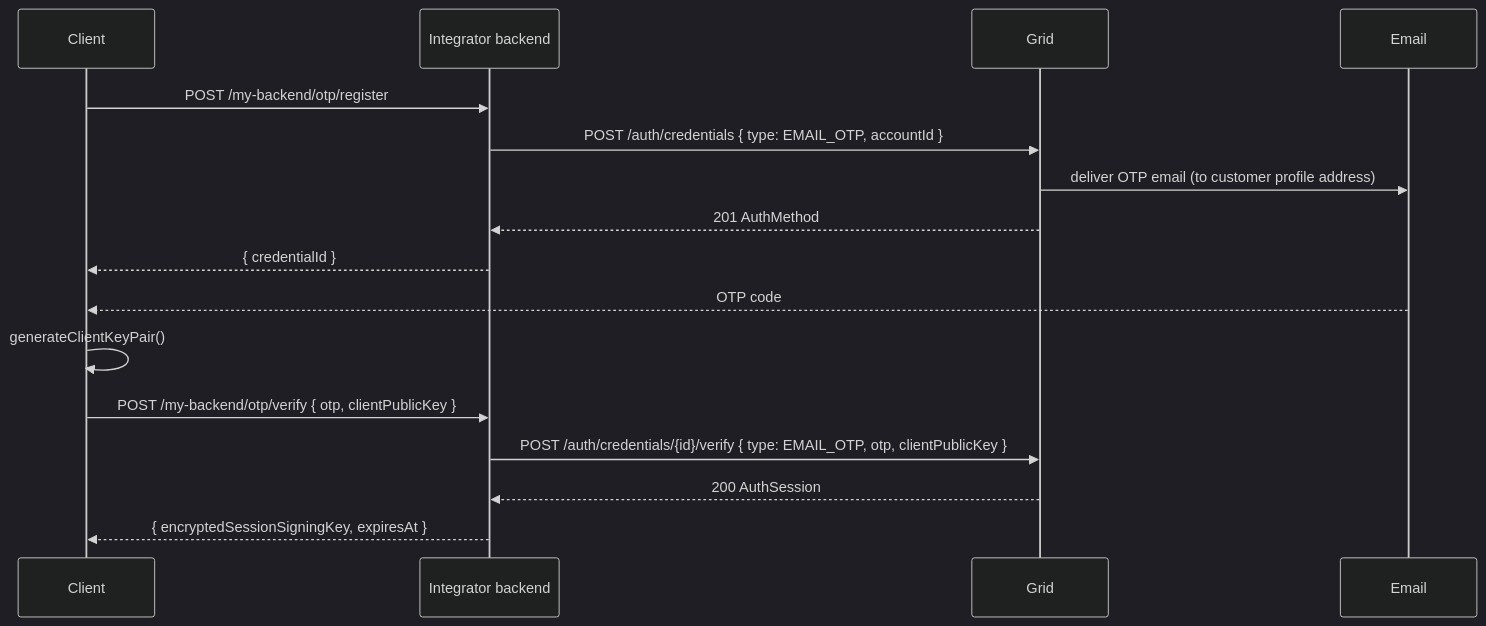
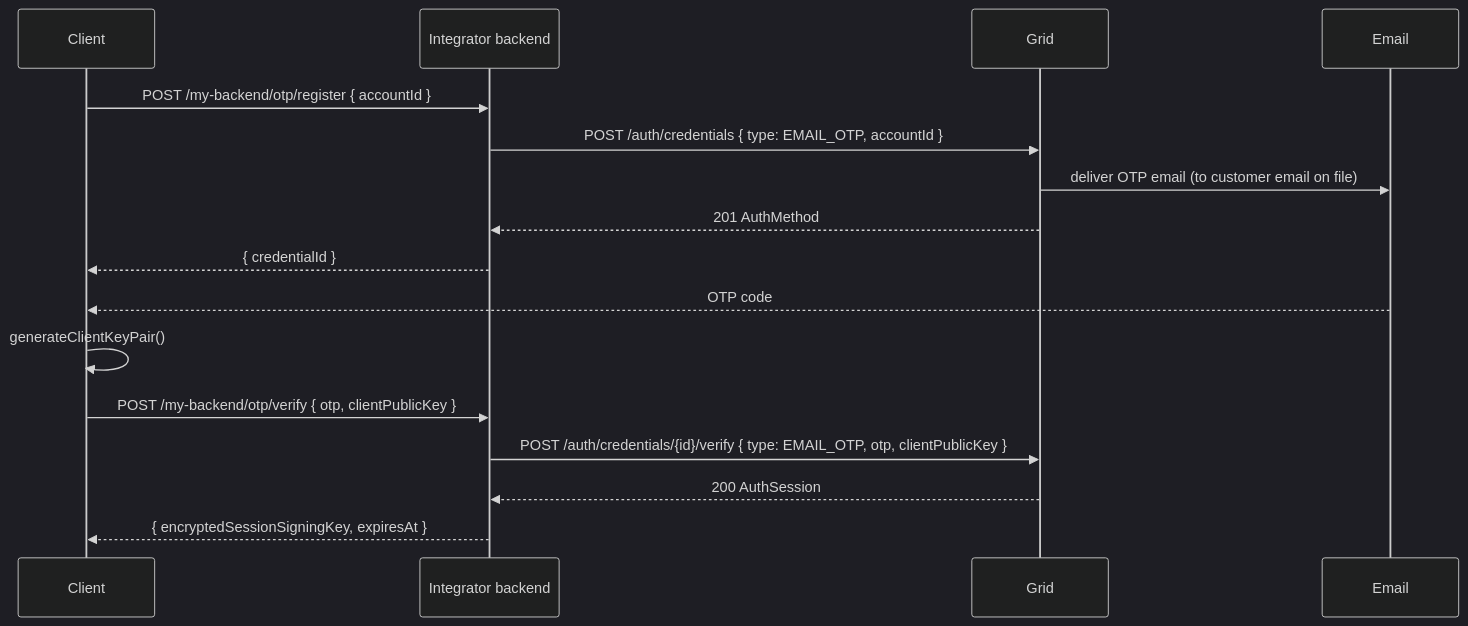
Before and after one commit to lightsparkdev/grid-api: the fourth of 5 diagrams in mintlify/snippets/global-accounts/authentication.mdx, drawn with Mermaid (dark theme). The commit also changed other lines of this file, not shown here.

Commit message:
docs: fix auth account identifiers
Use InternalAccount IDs in Global Accounts auth examples and remove stale email fields from EMAIL_OTP credential creation. Clarify that Grid resolves the OTP email from the customer email on file.

````diff
--- a/mintlify/snippets/global-accounts/authentication.mdx
+++ b/mintlify/snippets/global-accounts/authentication.mdx
@@ -425,19 +425,19 @@
 ```mermaid
 sequenceDiagram
   participant C as Client
   participant IB as Integrator backend
   participant G as Grid
   participant E as Email
 
-  C->>IB: POST /my-backend/otp/register
+  C->>IB: POST /my-backend/otp/register { accountId }
   IB->>G: POST /auth/credentials { type: EMAIL_OTP, accountId }
-  G->>E: deliver OTP email (to customer profile address)
+  G->>E: deliver OTP email (to customer email on file)
   G-->>IB: 201 AuthMethod
   IB-->>C: { credentialId }
   E-->>C: OTP code
   C->>C: generateClientKeyPair()
   C->>IB: POST /my-backend/otp/verify { otp, clientPublicKey }
   IB->>G: POST /auth/credentials/{id}/verify { type: EMAIL_OTP, otp, clientPublicKey }
   G-->>IB: 200 AuthSession
   IB-->>C: { encryptedSessionSigningKey, expiresAt }
 ```
````
